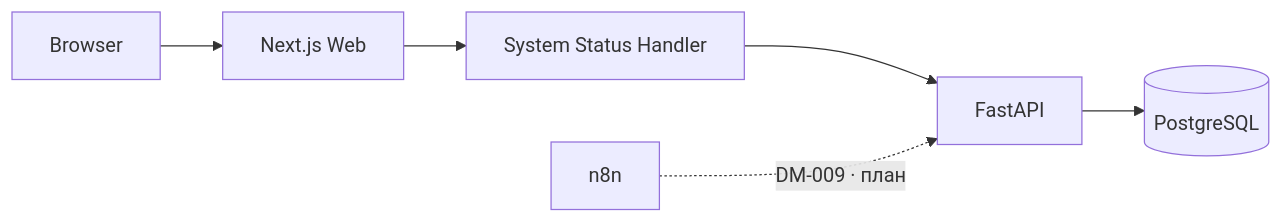
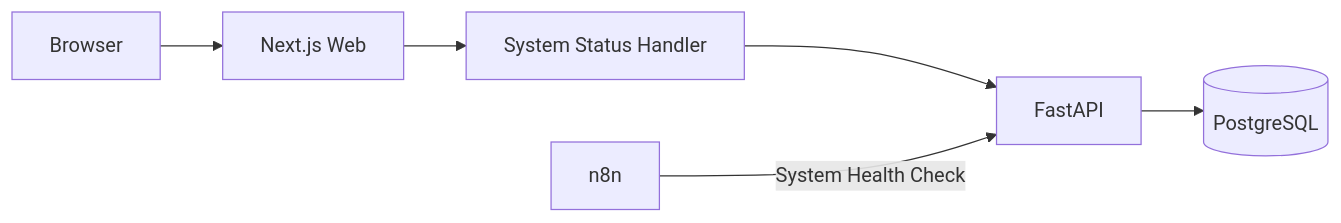
Before and after one commit to n1k1c0d/AI-Sales-Intelligence-Platform: the sixth of 6 diagrams in docs/ARCHITECTURE.md, drawn with Mermaid. The commit also changed other lines of this file and 17 other files, not shown here.

Commit message:
feat: add n8n system health check workflow (DM-009)

````diff
--- a/docs/ARCHITECTURE.md
+++ b/docs/ARCHITECTURE.md
@@ -191,8 +213,8 @@
 ```mermaid
 flowchart LR
     Browser --> Web[Next.js Web]
     Web --> Status[System Status Handler]
     Status --> API[FastAPI]
     API --> DB[(PostgreSQL)]
-    N8N[n8n] -. DM-009 · план .-> API
+    N8N[n8n] -->|System Health Check| API
 ```
````
